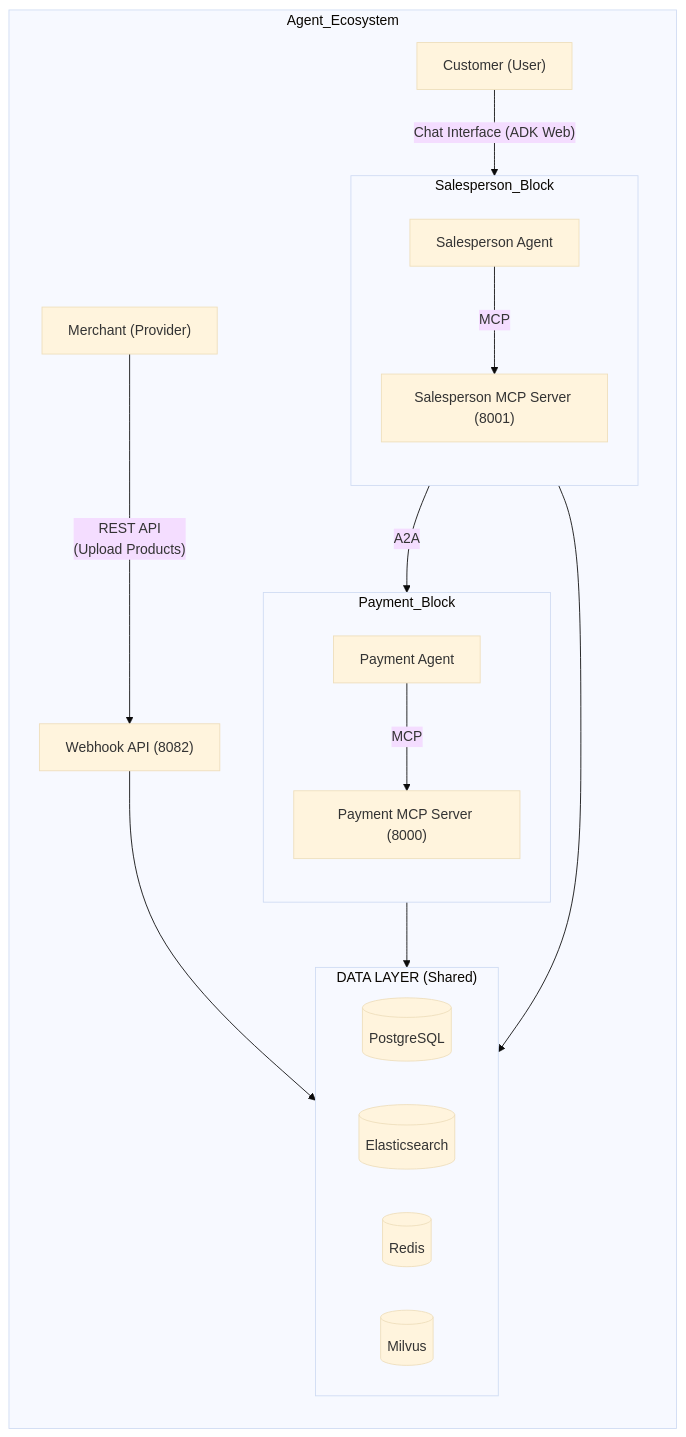
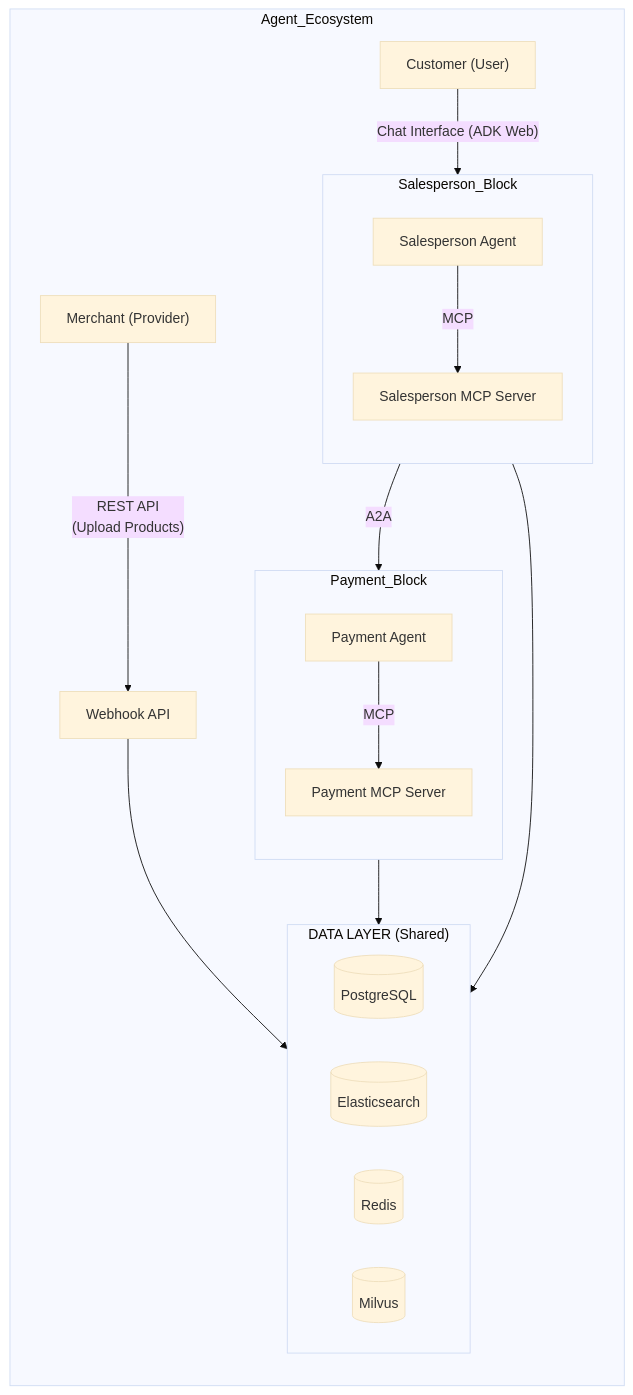
The first of 9 diagrams in DemoScenarios.md (biabeogo147/Agent-Ecosystem-Salesperson-and-Payment), drawn with Mermaid (base theme) before and after one commit. The commit also changed other lines of this file and 5 other files, not shown here.

Commit message:
fix payment_a2a_handler user_id + salesperson_mcp_client get user_id + update logging middlware for server_salesperson_tool

````diff
--- a/DemoScenarios.md
+++ b/DemoScenarios.md
@@ -16,41 +16,41 @@
 ```mermaid
 flowchart TB
     subgraph Agent_Ecosystem
         direction TB
 
         Merchant["Merchant (Provider)"]
         Customer["Customer (User)"]
 
         Merchant -->|"REST API<br/>(Upload Products)"| WebhookAPI
         Customer -->|"Chat Interface (ADK Web)"| SalespersonAgent
 
-        WebhookAPI["Webhook API (8082)"]
+        WebhookAPI["Webhook API"]
 
         subgraph Salesperson_Block
             direction TB
             SalespersonAgent["Salesperson Agent"]
-            SalespersonServer["Salesperson MCP Server (8001)"]
+            SalespersonServer["Salesperson MCP Server"]
             SalespersonAgent -->|"MCP"| SalespersonServer
         end
 
         subgraph Payment_Block
             direction TB
             PaymentAgent["Payment Agent"]
-            PaymentServer["Payment MCP Server (8000)"]
+            PaymentServer["Payment MCP Server"]
             PaymentAgent -->|"MCP"| PaymentServer
         end
 
         SalespersonAgent -->|"A2A"| PaymentAgent
 
         WebhookAPI --> DataLayer
         SalespersonServer --> DataLayer
         PaymentServer --> DataLayer
 
         subgraph DataLayer["DATA LAYER (Shared)"]
             PostgreSQL[(PostgreSQL)]
             ES[(Elasticsearch)]
             Redis[(Redis)]
             Milvus[(Milvus)]
         end
     end
 ```
````
